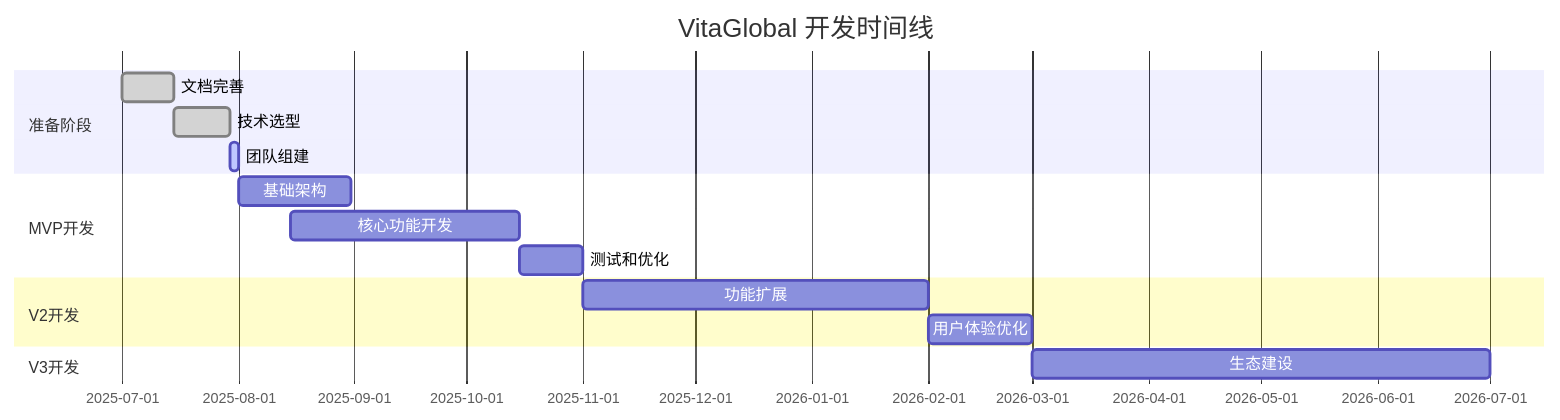
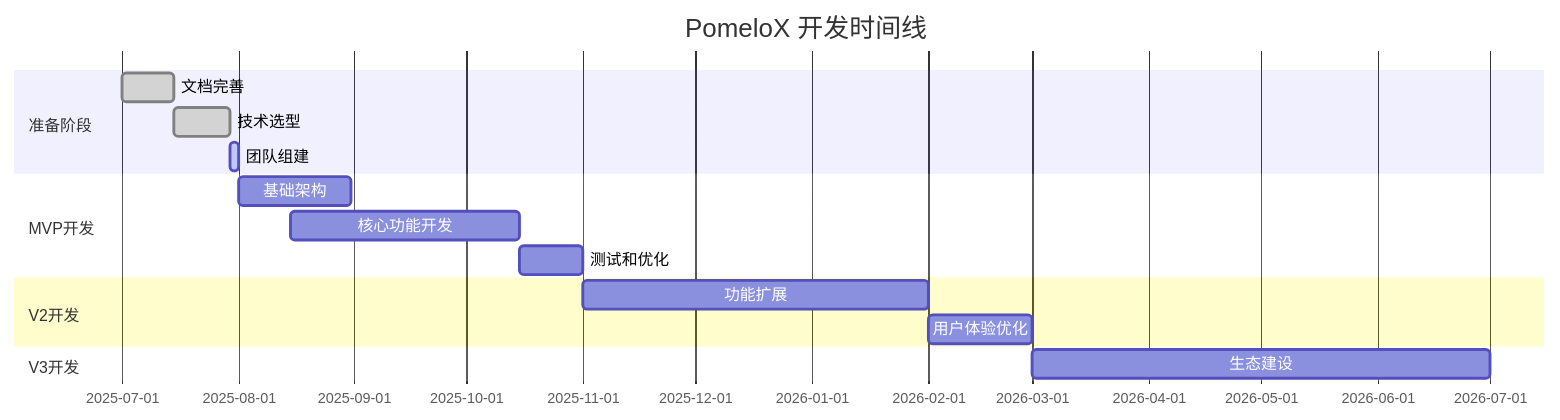
The diagram in README.md (j4xie/vita), drawn with Mermaid before and after one commit. The commit also changed other lines of this file and 177 other files, not shown here.

````diff
--- a/README.md
+++ b/README.md
@@ -88,21 +88,21 @@
 ```mermaid
 gantt
-    title VitaGlobal 开发时间线
+    title PomeloX 开发时间线
     dateFormat  YYYY-MM-DD
     section 准备阶段
     文档完善           :done, doc, 2025-07-01, 2025-07-15
     技术选型           :done, tech, 2025-07-15, 2025-07-30
     团队组建           :active, team, 2025-07-30, 2025-08-01
     
     section MVP开发
     基础架构           :dev1, 2025-08-01, 2025-08-31
     核心功能开发       :dev2, 2025-08-15, 2025-10-15
     测试和优化         :test1, 2025-10-15, 2025-11-01
     
     section V2开发
     功能扩展           :dev3, 2025-11-01, 2026-02-01
     用户体验优化       :ux, 2026-02-01, 2026-03-01
     
     section V3开发
     生态建设           :dev4, 2026-03-01, 2026-07-01
 ```
````
